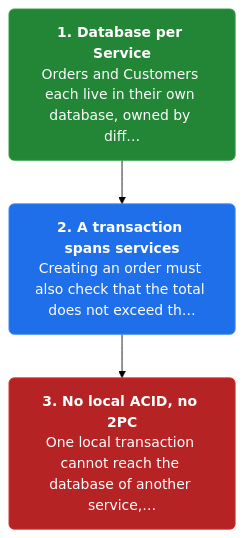
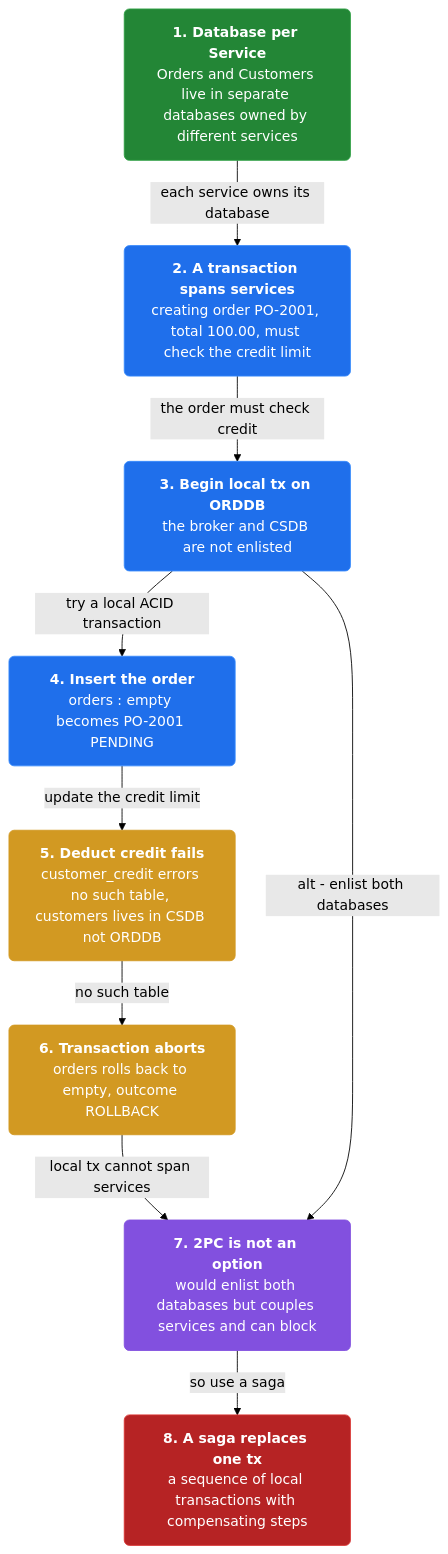
Before and after one commit to vinayakuber/microservices-io-study-guide: the first of 4 diagrams in docs/ch15-saga.md, drawn with Mermaid (forest theme). The commit also changed other lines of this file and 46 other files, not shown here.

First line of the commit message:
Author rich branching flow diagrams for all 44 chapters

````diff
--- a/docs/ch15-saga.md
+++ b/docs/ch15-saga.md
@@ -13,11 +13,24 @@
 ```mermaid
 flowchart TD
-  classDef step fill:#1f6feb,color:#ffffff,stroke:#388bfd,stroke-width:1px,rx:6
+  classDef step fill:#1f6feb,color:#ffffff,stroke:#388bfd,rx:6
+  classDef core fill:#8250df,color:#ffffff,stroke:#8250df,rx:6
+  classDef warn fill:#d29922,color:#ffffff,stroke:#d29922,rx:6
   classDef start fill:#238636,color:#ffffff,stroke:#2ea043,rx:6
   classDef stop fill:#b62324,color:#ffffff,stroke:#da3633,rx:6
-  s0n0["<b>1. Database per Service</b><br/>Orders and Customers each live in their own database, owned by diff…"]:::start
-  s0n1["<b>2. A transaction spans services</b><br/>Creating an order must also check that the total does not exceed th…"]:::step
-  s0n2["<b>3. No local ACID, no 2PC</b><br/>One local transaction cannot reach the database of another service,…"]:::stop
-  s0n0 --> s0n1
-  s0n1 --> s0n2
+  n0["<b>1. Database per Service</b><br/>Orders and Customers live in separate databases owned by different services"]:::start
+  n1["<b>2. A transaction spans services</b><br/>creating order PO-2001, total 100.00, must check the credit limit"]:::step
+  n2["<b>3. Begin local tx on ORDDB</b><br/>the broker and CSDB are not enlisted"]:::step
+  n3["<b>4. Insert the order</b><br/>orders : empty becomes PO-2001 PENDING"]:::step
+  n4["<b>5. Deduct credit fails</b><br/>customer_credit errors no such table, customers lives in CSDB not ORDDB"]:::warn
+  n5["<b>6. Transaction aborts</b><br/>orders rolls back to empty, outcome ROLLBACK"]:::warn
+  n6["<b>7. 2PC is not an option</b><br/>would enlist both databases but couples services and can block"]:::core
+  n7["<b>8. A saga replaces one tx</b><br/>a sequence of local transactions with compensating steps"]:::stop
+  n0 -->|"each service owns its database"| n1
+  n1 -->|"the order must check credit"| n2
+  n2 -->|"try a local ACID transaction"| n3
+  n3 -->|"update the credit limit"| n4
+  n4 -->|"no such table"| n5
+  n5 -->|"local tx cannot span services"| n6
+  n2 -->|"alt - enlist both databases"| n6
+  n6 -->|"so use a saga"| n7
 ```
````
